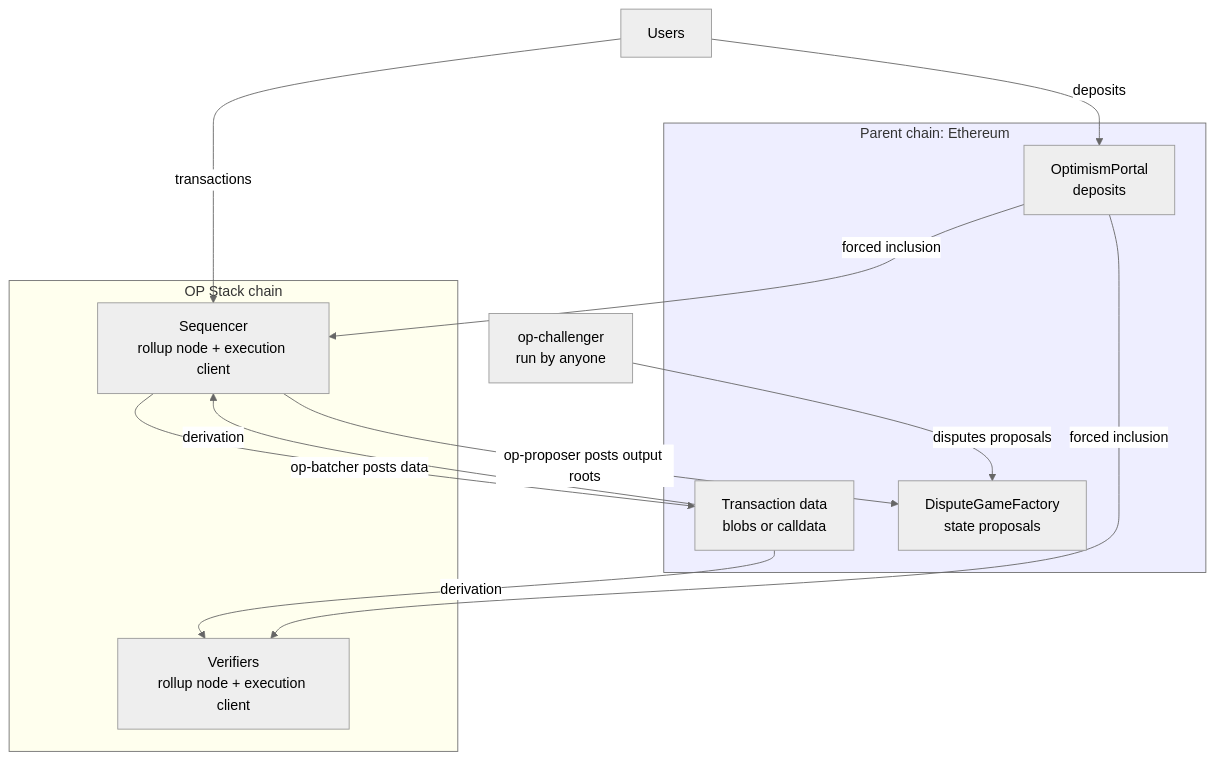
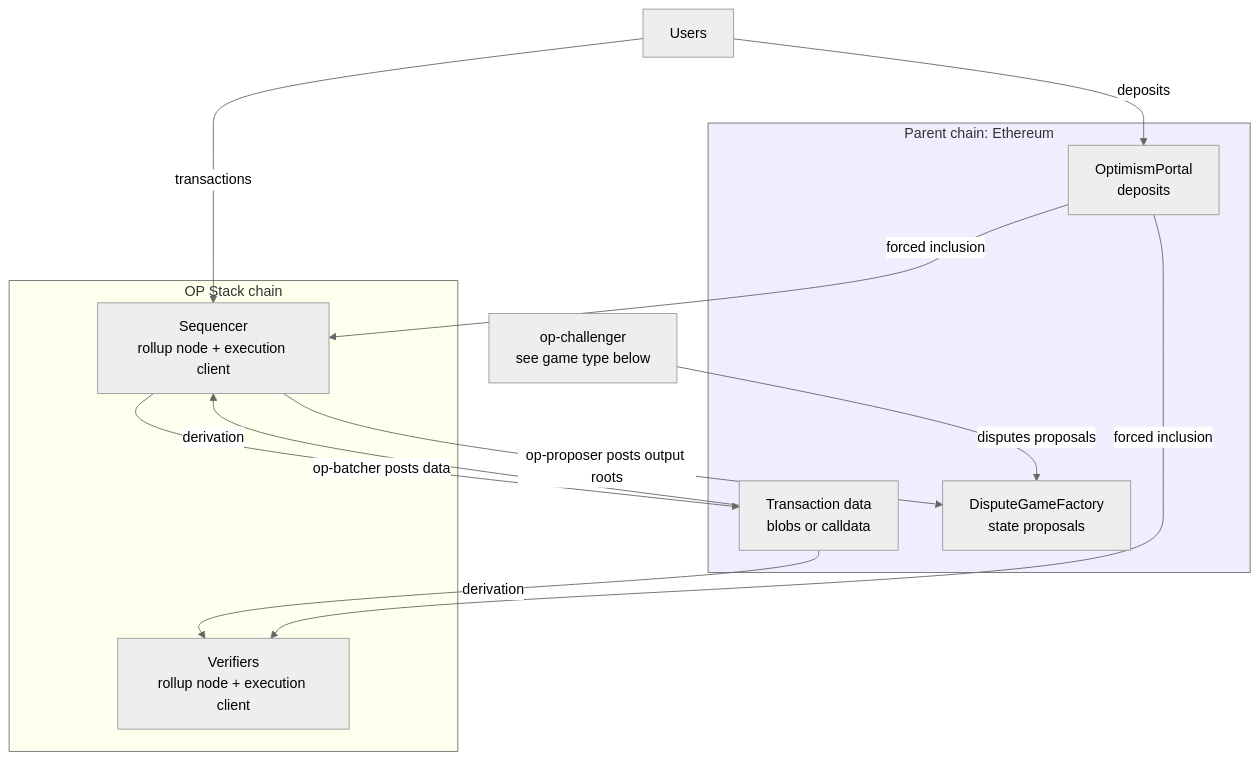
One commit to ethereum-optimism/optimism changed the first of 2 diagrams in docs/public-docs/op-stack/architecture.mdx. Above: the diagram before and after it, drawn with Mermaid (neutral theme). The commit also changed other lines of this file and 5 other files, not shown here.

````diff
--- a/docs/public-docs/op-stack/architecture.mdx
+++ b/docs/public-docs/op-stack/architecture.mdx
@@ -45,31 +48,31 @@
 ```mermaid
 graph TB
   classDef chain fill:#FFE
   classDef l1 fill:#EEF
 
   user[Users]
 
   subgraph l1c[Parent chain: Ethereum]
     da[Transaction data<br/>blobs or calldata]
     portal[OptimismPortal<br/>deposits]
     dgf[DisputeGameFactory<br/>state proposals]
   end
 
   subgraph l2c[OP Stack chain]
     seq[Sequencer<br/>rollup node + execution client]
     ver[Verifiers<br/>rollup node + execution client]
   end
 
   user -->|transactions| seq
   user -->|deposits| portal
   seq -->|op-batcher posts data| da
   da -->|derivation| seq
   da -->|derivation| ver
   portal -->|forced inclusion| seq
   portal -->|forced inclusion| ver
   seq -->|op-proposer posts output roots| dgf
-  chal[op-challenger<br/>run by anyone] -->|disputes proposals| dgf
+  chal[op-challenger<br/>see game type below] -->|disputes proposals| dgf
 
   class l1c l1
   class l2c chain
 ```
````
